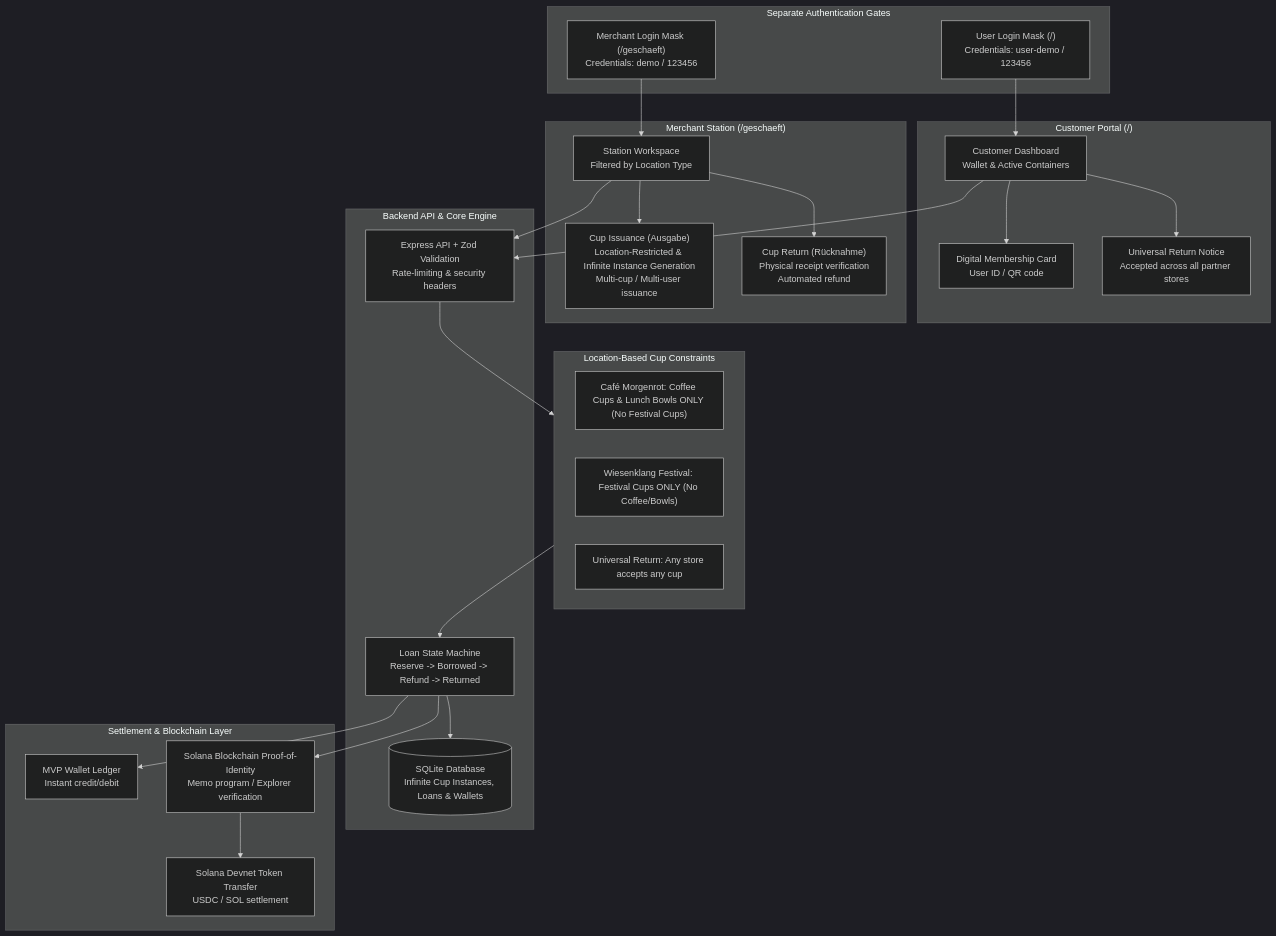
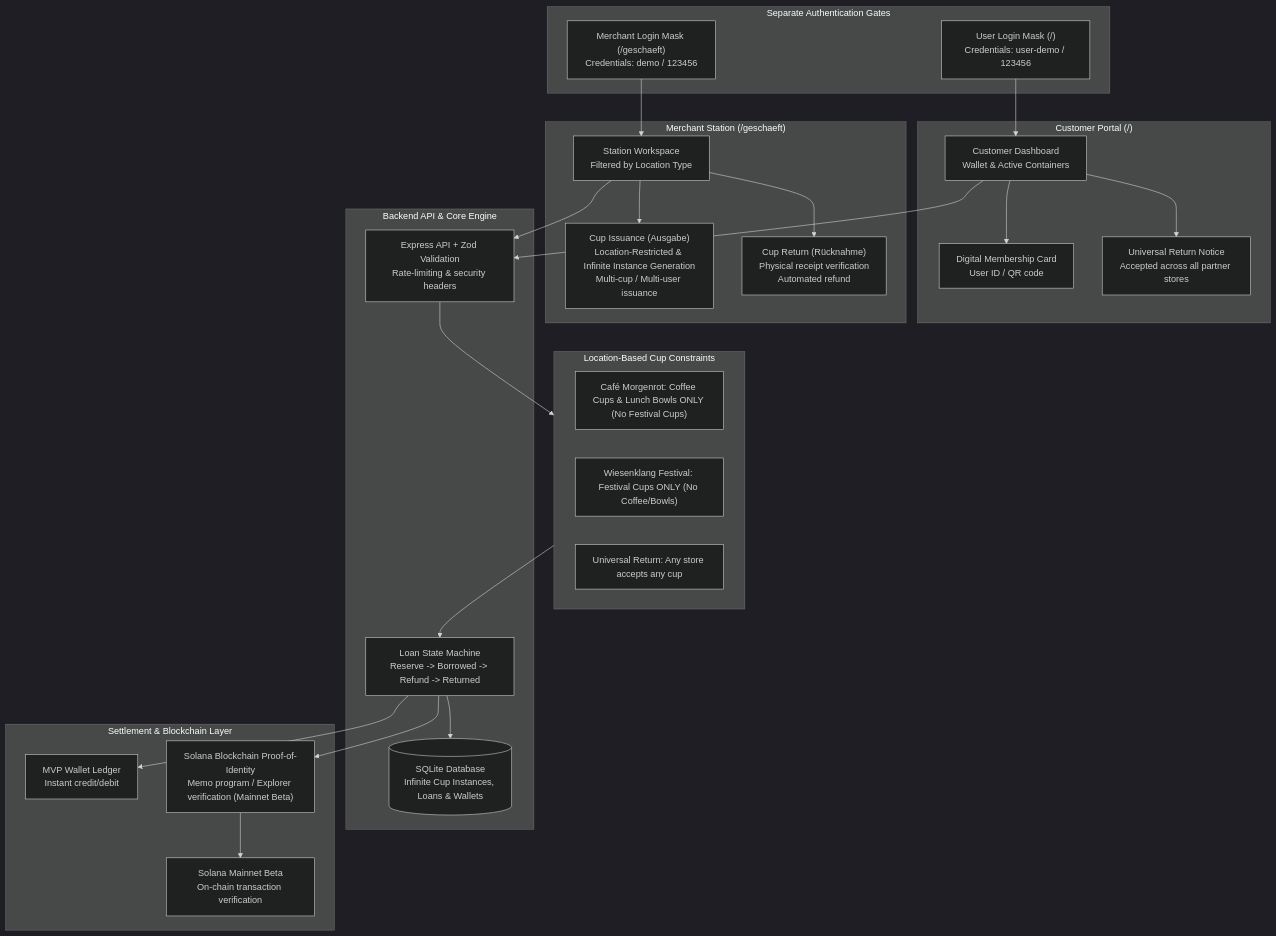
One commit to blitzlive/SolanaChallange2026 changed the first of 2 diagrams in docs/architecture.md. Above: the diagram before and after it, drawn with Mermaid (dark theme). The commit also changed other lines of this file and 7 other files, not shown here.

Commit message:
feat: update to Solana Mainnet Beta explorer links and refresh pitch video with pop soundtrack

````diff
--- a/docs/architecture.md
+++ b/docs/architecture.md
@@ -7,46 +7,46 @@
 ```mermaid
 flowchart TD
   subgraph Auth ["Separate Authentication Gates"]
     UserGate["User Login Mask (/)\nCredentials: user-demo / 123456"]
     MerchantGate["Merchant Login Mask (/geschaeft)\nCredentials: demo / 123456"]
   end
 
   subgraph Customer ["Customer Portal (/)"]
     UserGate --> Dashboard["Customer Dashboard\nWallet & Active Containers"]
     Dashboard --> MemberCard["Digital Membership Card\nUser ID / QR code"]
     Dashboard --> UniversalNotice["Universal Return Notice\nAccepted across all partner stores"]
   end
 
   subgraph Merchant ["Merchant Station (/geschaeft)"]
     MerchantGate --> Station["Station Workspace\nFiltered by Location Type"]
     Station --> IssueTab["Cup Issuance (Ausgabe)\nLocation-Restricted & Infinite Instance Generation\nMulti-cup / Multi-user issuance"]
     Station --> ReturnTab["Cup Return (Rücknahme)\nPhysical receipt verification\nAutomated refund"]
   end
 
   subgraph ValidationRules ["Location-Based Cup Constraints"]
     CafeRule["Café Morgenrot: Coffee Cups & Lunch Bowls ONLY (No Festival Cups)"]
     FestivalRule["Wiesenklang Festival: Festival Cups ONLY (No Coffee/Bowls)"]
     ReturnRule["Universal Return: Any store accepts any cup"]
   end
 
   subgraph Engine ["Backend API & Core Engine"]
     API["Express API + Zod Validation\nRate-limiting & security headers"]
     Service["Loan State Machine\nReserve -> Borrowed -> Refund -> Returned"]
     DB[("SQLite Database\nInfinite Cup Instances, Loans & Wallets")]
   end
 
   subgraph Settlement ["Settlement & Blockchain Layer"]
     MVPStore["MVP Wallet Ledger\nInstant credit/debit"]
-    ProofOfIdentity["Solana Blockchain Proof-of-Identity\nMemo program / Explorer verification"]
-    DevnetSolana["Solana Devnet Token Transfer\nUSDC / SOL settlement"]
+    ProofOfIdentity["Solana Blockchain Proof-of-Identity\nMemo program / Explorer verification (Mainnet Beta)"]
+    MainnetSolana["Solana Mainnet Beta\nOn-chain transaction verification"]
   end
 
   Dashboard --> API
   Station --> API
   API --> ValidationRules
   ValidationRules --> Service
   Service --> DB
   Service --> MVPStore
   Service --> ProofOfIdentity
-  ProofOfIdentity --> DevnetSolana
+  ProofOfIdentity --> MainnetSolana
 ```
````
